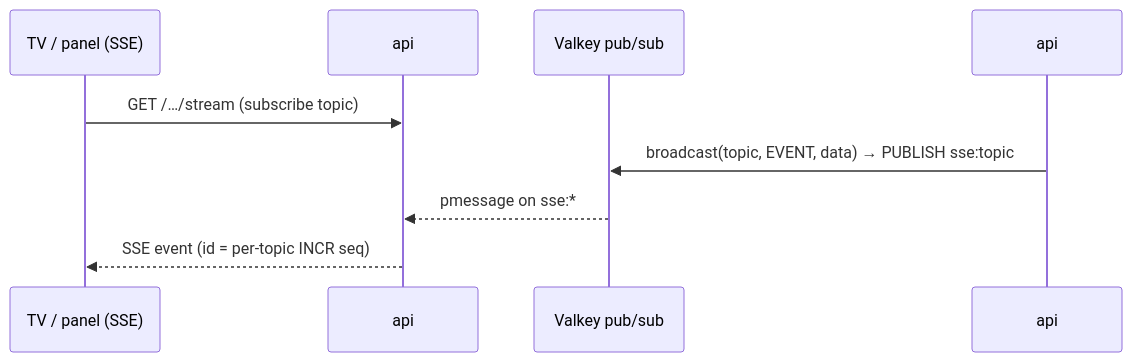
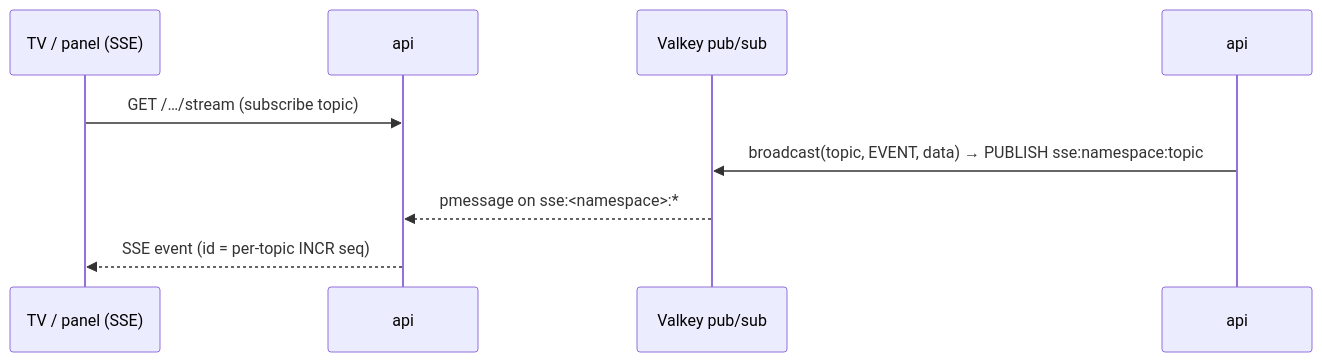
Before and after one commit to danicallero/hackOS: the second of 2 diagrams in docs/architecture.md, drawn with Mermaid. The commit also changed other lines of this file and 13 other files, not shown here.

````diff
--- a/docs/architecture.md
+++ b/docs/architecture.md
@@ -241,11 +241,11 @@
 ```mermaid
 sequenceDiagram
     participant Client as TV / panel (SSE)
     participant A1 as api #1
     participant VK as Valkey pub/sub
     participant A2 as api #2 (or worker)
     Client->>A1: GET /…/stream (subscribe topic)
-    A2->>VK: broadcast(topic, EVENT, data) → PUBLISH sse:topic
-    VK-->>A1: pmessage on sse:*
+    A2->>VK: broadcast(topic, EVENT, data) → PUBLISH sse:namespace:topic
+    VK-->>A1: pmessage on sse:<namespace>:*
     A1-->>Client: SSE event (id = per-topic INCR seq)
 ```
````
